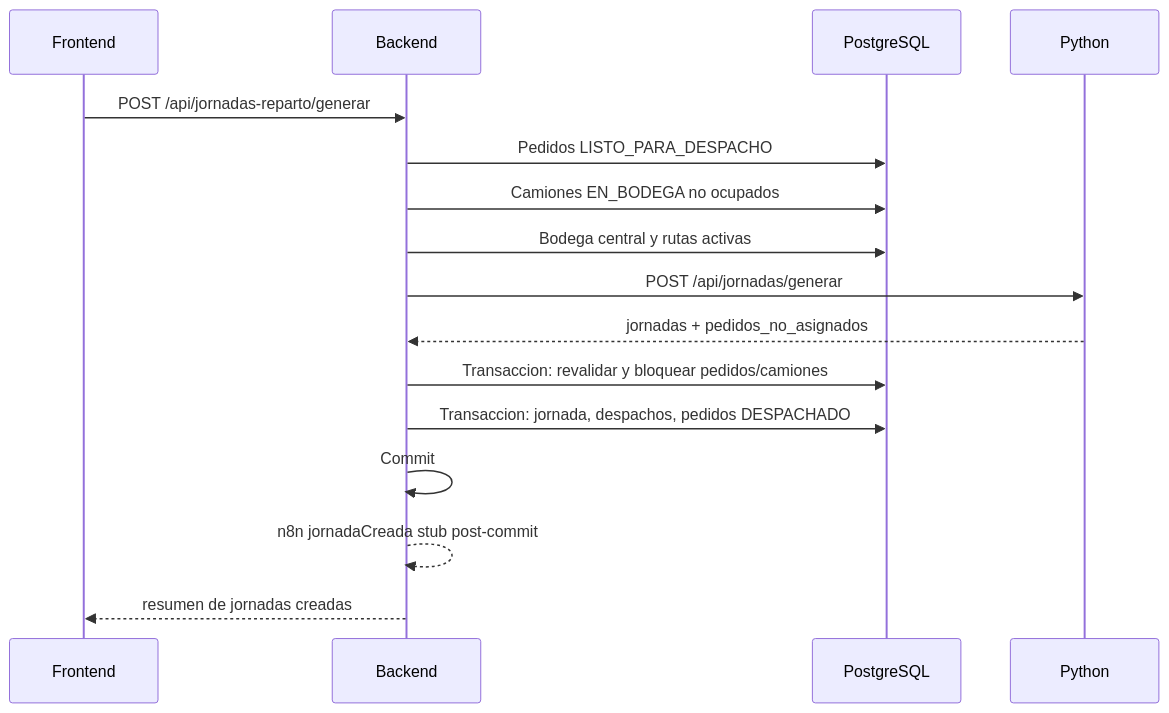
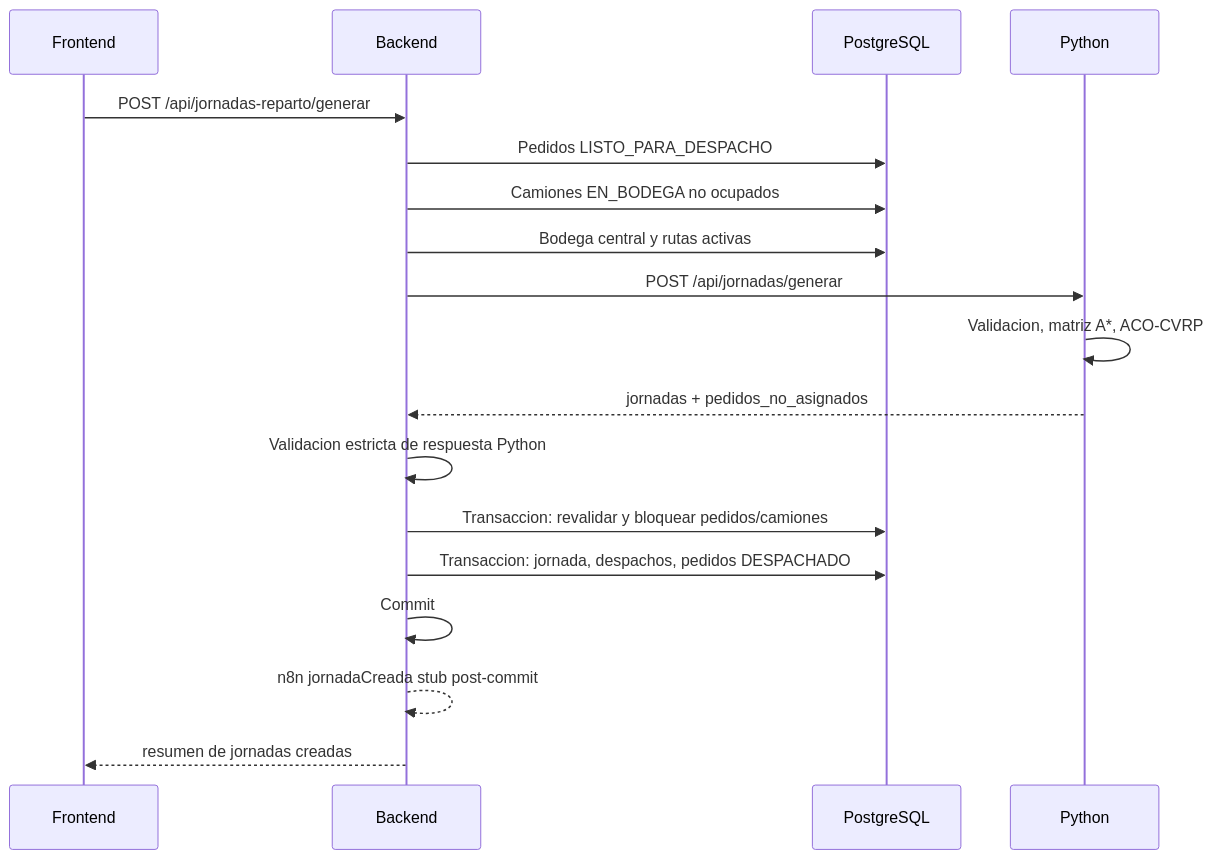
The second of 3 diagrams in docs/07-flujos-contratos-e-integraciones.md (gabriel23mz/techsupply-scm), drawn with Mermaid before and after one commit. The commit also changed other lines of this file and 19 other files, not shown here.

````diff
--- a/docs/07-flujos-contratos-e-integraciones.md
+++ b/docs/07-flujos-contratos-e-integraciones.md
@@ -20,19 +20,21 @@
 ```mermaid
 sequenceDiagram
   participant FE as Frontend
   participant BE as Backend
   participant DB as PostgreSQL
   participant PY as Python
 
   FE->>BE: POST /api/jornadas-reparto/generar
   BE->>DB: Pedidos LISTO_PARA_DESPACHO
   BE->>DB: Camiones EN_BODEGA no ocupados
   BE->>DB: Bodega central y rutas activas
   BE->>PY: POST /api/jornadas/generar
+  PY->>PY: Validacion, matriz A*, ACO-CVRP
   PY-->>BE: jornadas + pedidos_no_asignados
+  BE->>BE: Validacion estricta de respuesta Python
   BE->>DB: Transaccion: revalidar y bloquear pedidos/camiones
   BE->>DB: Transaccion: jornada, despachos, pedidos DESPACHADO
   BE->>BE: Commit
   BE-->>BE: n8n jornadaCreada stub post-commit
   BE-->>FE: resumen de jornadas creadas
 ```
````
